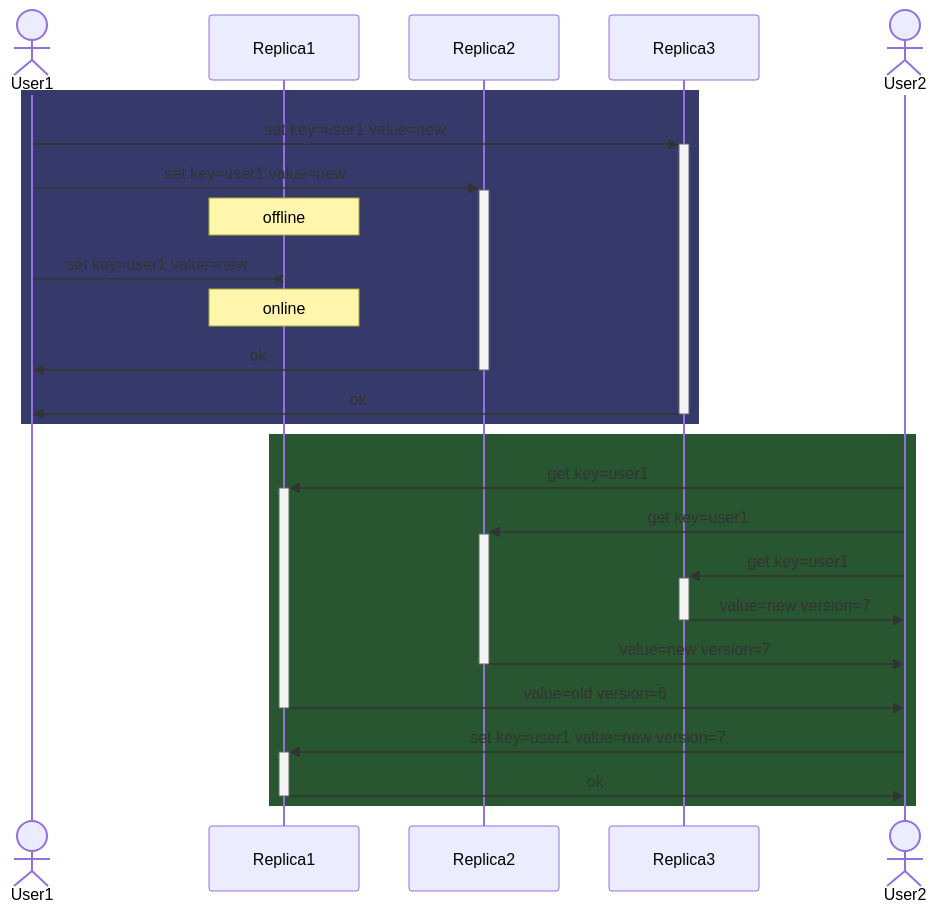
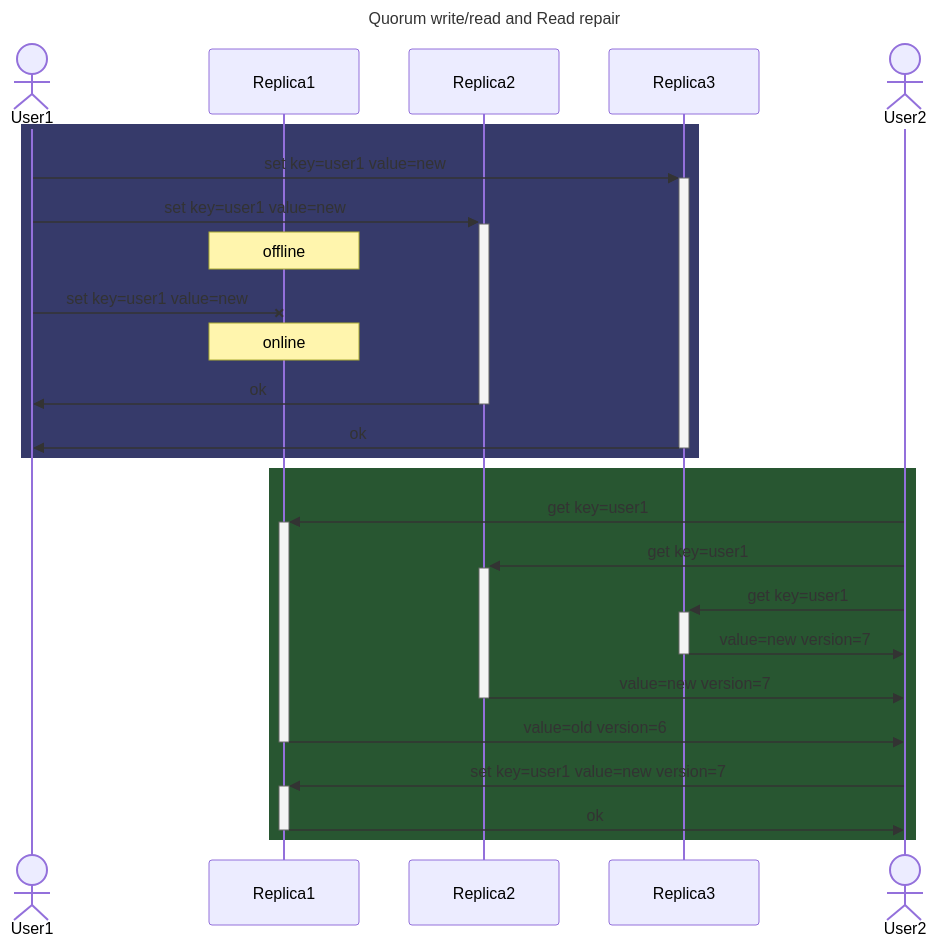
The fourth of 10 diagrams in designing-data-intensive-applications/part2.md (kyungrae/study), drawn with Mermaid before and after one commit. The commit also changed other lines of this file and 4 other files, not shown here.

````diff
--- a/designing-data-intensive-applications/part2.md
+++ b/designing-data-intensive-applications/part2.md
@@ -233,30 +236,33 @@
 ```mermaid
+---
+title: Quorum write/read and Read repair
+---
 sequenceDiagram
   actor User1
   participant Replica1
   participant Replica2
   participant Replica3
   
   rect rgb(54, 58, 106)
   User1->>+Replica3: set key=user1 value=new
   User1->>+Replica2: set key=user1 value=new
   note over Replica1: offline
   User1-xReplica1: set key=user1 value=new
   note over Replica1: online
   Replica2->>-User1: ok
   Replica3->>-User1: ok
   end
   
   rect rgb(40, 86, 49)
   actor User2
   User2->>+Replica1: get key=user1
   User2->>+Replica2: get key=user1
   User2->>+Replica3: get key=user1
   Replica3->>-User2: value=new version=7
   Replica2->>-User2: value=new version=7
   Replica1->>-User2: value=old version=6
 
   User2->>+Replica1: set key=user1 value=new version=7
   Replica1->>-User2: ok
   end
 ```
````
